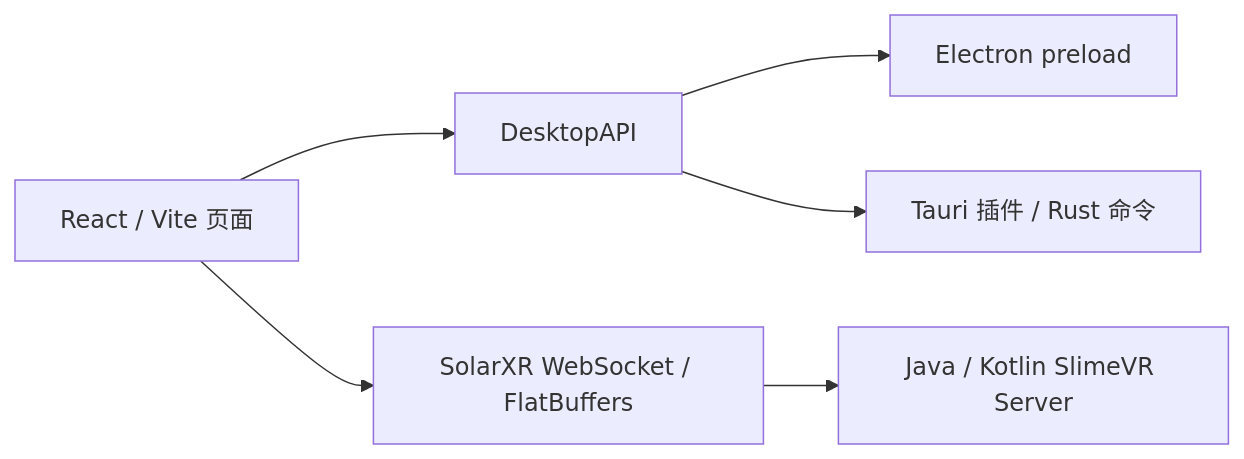
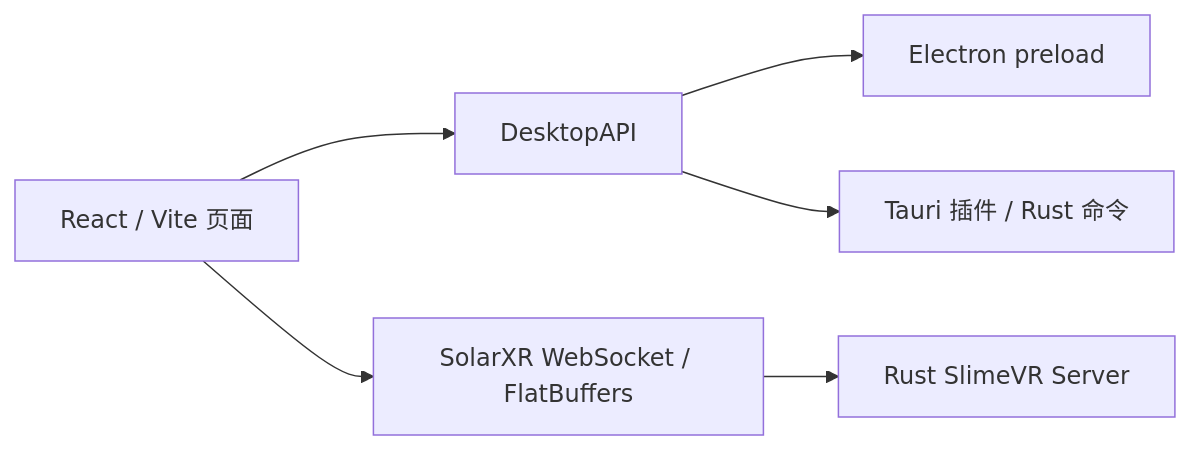
Before and after one commit to grayawa/SlimeVR-Rust: the diagram in gui/README.tauri.md, drawn with Mermaid. The commit also changed other lines of this file and 369 other files, not shown here.

````diff
--- a/gui/README.tauri.md
+++ b/gui/README.tauri.md
@@ -32,8 +32,8 @@
 ```mermaid
 flowchart LR
   GUI[React / Vite 页面] --> API[DesktopAPI]
   API --> E[Electron preload]
   API --> T[Tauri 插件 / Rust 命令]
   GUI --> WS[SolarXR WebSocket / FlatBuffers]
-  WS --> JAVA[Java / Kotlin SlimeVR Server]
+  WS --> RUST[Rust SlimeVR Server]
 ```
````
